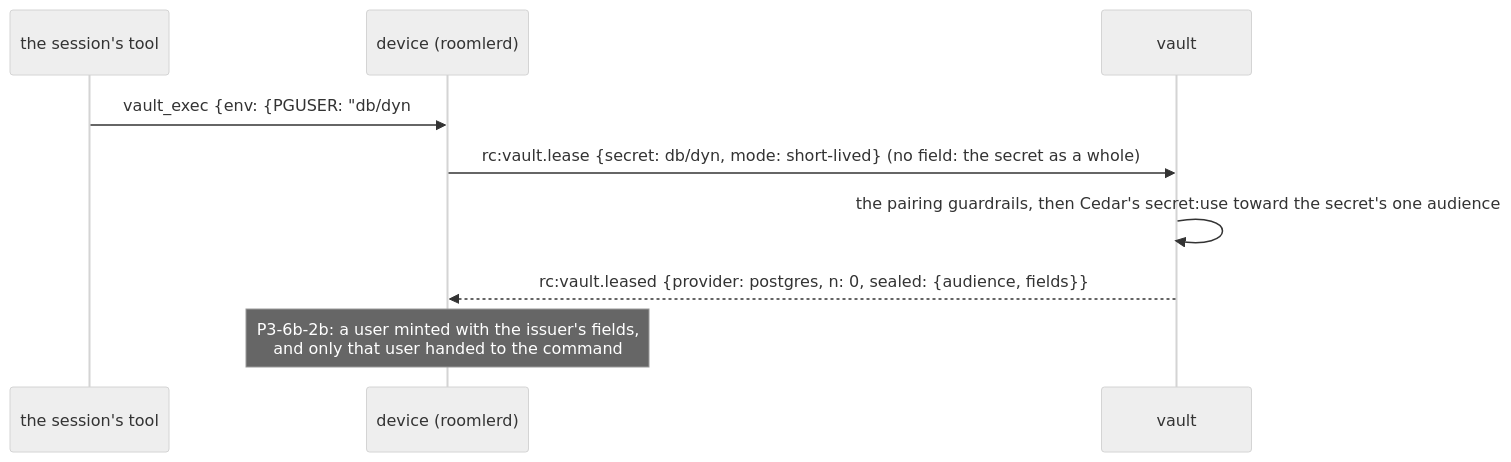
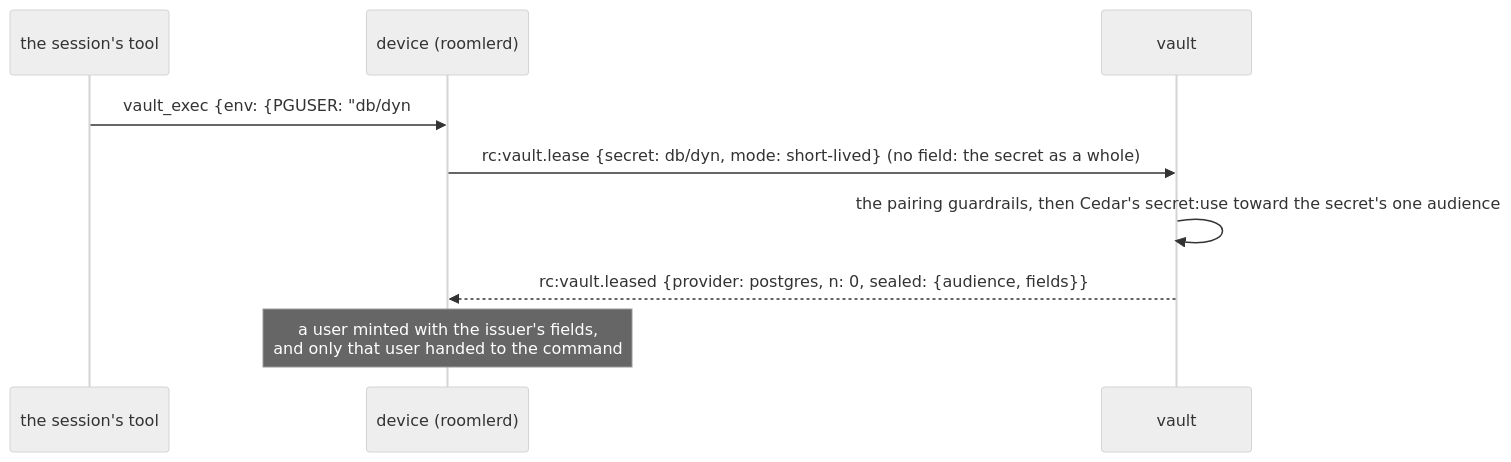
Diagram 22 of 24 in docs/vault.md (gjovanov/roomler-ai), drawn with Mermaid (neutral theme) before and after one commit. The commit also changed other lines of this file and 18 other files, not shown here.

````diff
--- a/docs/vault.md
+++ b/docs/vault.md
@@ -1550,11 +1551,11 @@
 ```mermaid
 sequenceDiagram
     participant S as the session's tool
     participant D as device (roomlerd)
     participant V as vault
     S->>D: vault_exec {env: {PGUSER: "db/dyn#user", PGPASSWORD: "db/dyn#password"}}
     D->>V: rc:vault.lease {secret: db/dyn, mode: short-lived} (no field: the secret as a whole)
     V->>V: the pairing guardrails, then Cedar's secret:use toward the secret's one audience
     V-->>D: rc:vault.leased {provider: postgres, n: 0, sealed: {audience, fields}}
-    Note over D: P3-6b-2b: a user minted with the issuer's fields,<br/>and only that user handed to the command
+    Note over D: a user minted with the issuer's fields,<br/>and only that user handed to the command
 ```
````
